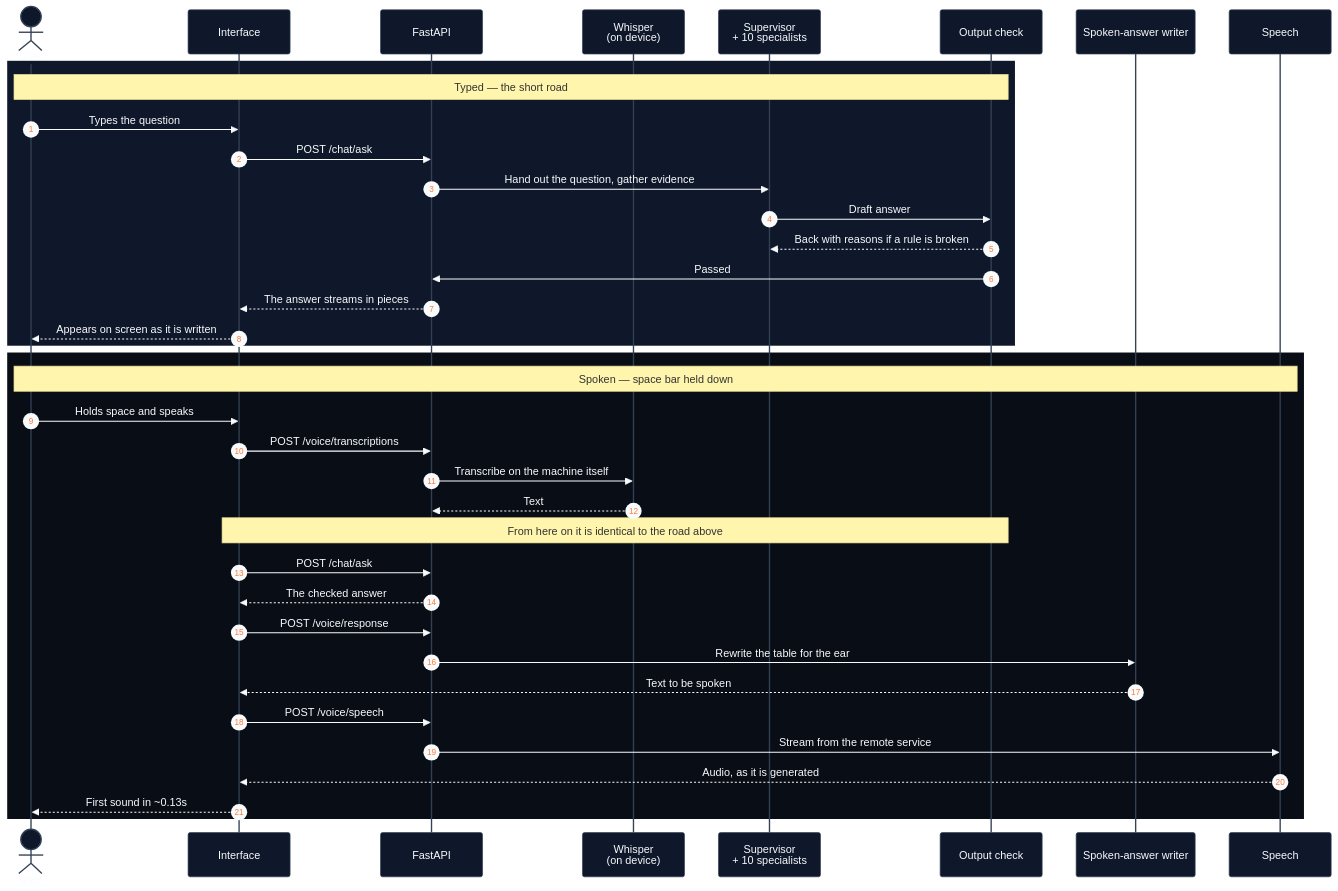
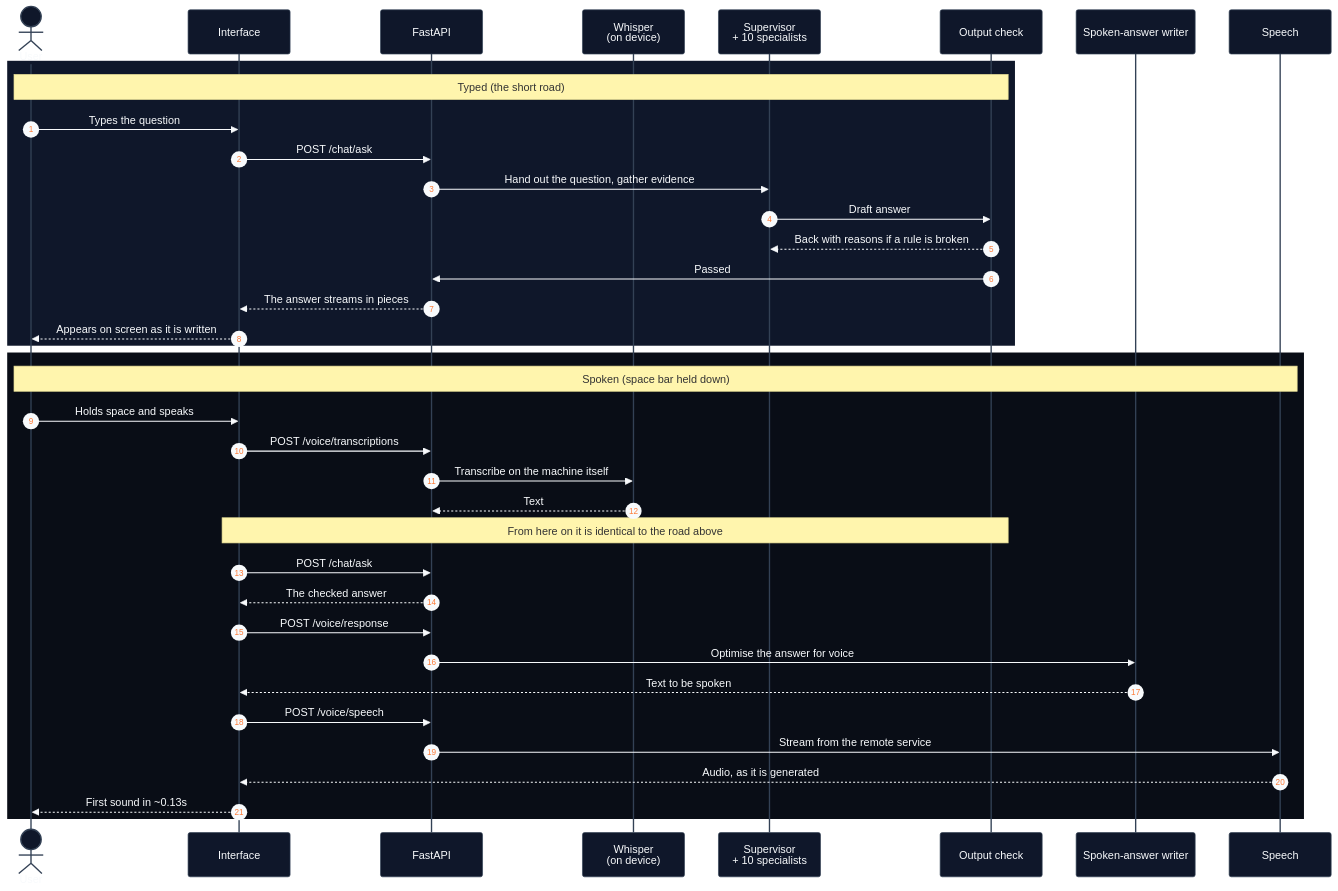
Before and after one commit to Abdurrahman-Wahdan/TEKNOFEST2026-Yapay-Zeka-Dil-Ajanlari-Yarismasi-KERMITS: diagram 17 of 18 in README.md, drawn with Mermaid. The commit also changed other lines of this file, not shown here.

````diff
--- a/README.md
+++ b/README.md
@@ -1222,43 +1198,43 @@
 ```mermaid
 %%{init: {'theme':'base','themeVariables':{'primaryColor':'#0f172a','primaryTextColor':'#f8fafc','primaryBorderColor':'#334155','lineColor':'#0284c7','secondaryColor':'#1e293b','tertiaryColor':'#0f172a','clusterBkg':'#090d16','clusterBorder':'#1e293b'}}}%%
 sequenceDiagram
     autonumber
     actor U as User
     participant UI as Interface
     participant API as FastAPI
     participant W as Whisper<br/>(on device)
     participant AG as Supervisor<br/>+ 10 specialists
     participant C as Output check
     participant R as Spoken-answer writer
     participant S as Speech
 
     rect rgb(15, 23, 42)
-    Note over U,C: Typed — the short road
+    Note over U,C: Typed (the short road)
     U->>UI: Types the question
     UI->>API: POST /chat/ask
     API->>AG: Hand out the question, gather evidence
     AG->>C: Draft answer
     C-->>AG: Back with reasons if a rule is broken
     C->>API: Passed
     API-->>UI: The answer streams in pieces
     UI-->>U: Appears on screen as it is written
     end
 
     rect rgb(9, 13, 22)
-    Note over U,S: Spoken — space bar held down
+    Note over U,S: Spoken (space bar held down)
     U->>UI: Holds space and speaks
     UI->>API: POST /voice/transcriptions
     API->>W: Transcribe on the machine itself
     W-->>API: Text
     Note over UI,C: From here on it is identical to the road above
     UI->>API: POST /chat/ask
     API-->>UI: The checked answer
     UI->>API: POST /voice/response
-    API->>R: Rewrite the table for the ear
+    API->>R: Optimise the answer for voice
     R-->>UI: Text to be spoken
     UI->>API: POST /voice/speech
     API->>S: Stream from the remote service
     S-->>UI: Audio, as it is generated
     UI-->>U: First sound in ~0.13s
     end
 ```
````
